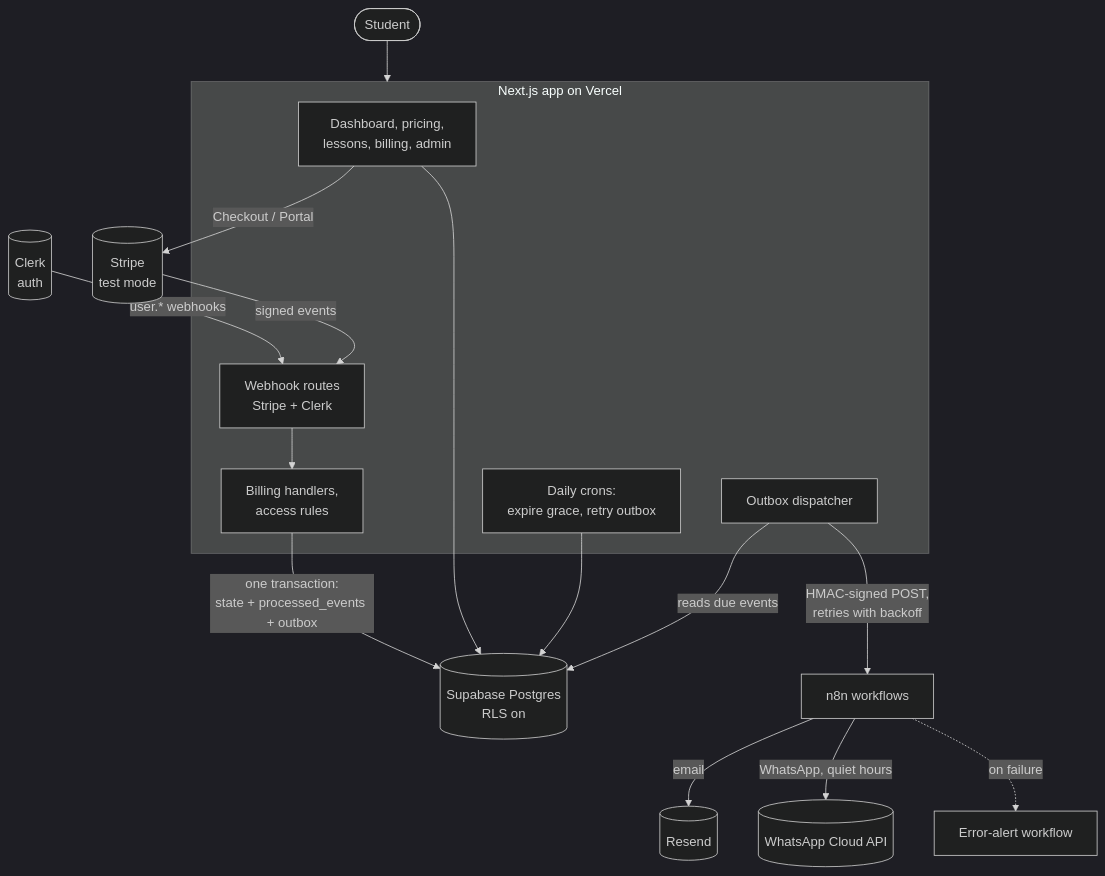
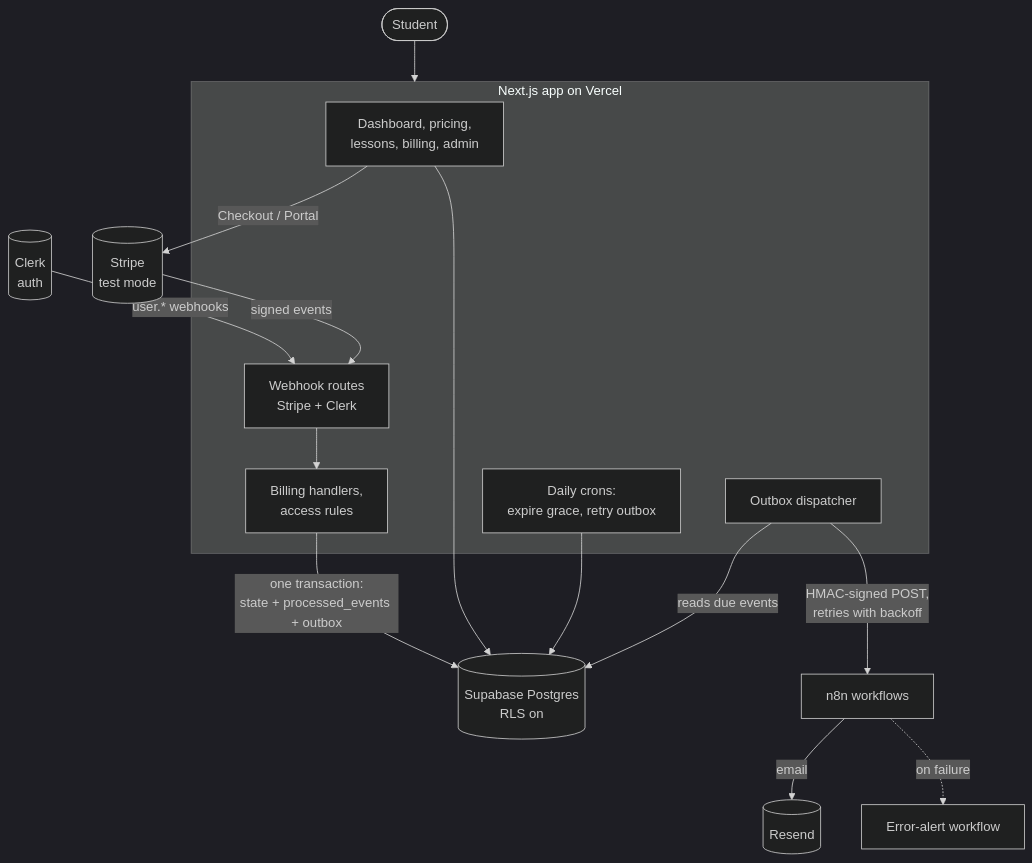
Before and after one commit to jasirjaleel/academy-access-engine: the first of 3 diagrams in README.md, drawn with Mermaid (dark theme). The commit also changed other lines of this file and 5 other files, not shown here.

First line of the commit message:
n8n workflows: run on built-in nodes with no server settings; drop WhatsApp

````diff
--- a/README.md
+++ b/README.md
@@ -46,25 +46,24 @@
 ```mermaid
 flowchart TB
   student([Student]) --> app
 
   subgraph app [Next.js app on Vercel]
     pages[Dashboard, pricing,<br/>lessons, billing, admin]
     hooks[Webhook routes<br/>Stripe + Clerk]
     lib[Billing handlers,<br/>access rules]
     dispatch[Outbox dispatcher]
     cron[Daily crons:<br/>expire grace, retry outbox]
   end
 
   clerk[(Clerk<br/>auth)] -- user.* webhooks --> hooks
   stripe[(Stripe<br/>test mode)] -- signed events --> hooks
   pages -- Checkout / Portal --> stripe
   hooks --> lib
   lib -- "one transaction:<br/>state + processed_events + outbox" --> db[(Supabase Postgres<br/>RLS on)]
   pages --> db
   cron --> db
   dispatch -- reads due events --> db
   dispatch -- "HMAC-signed POST,<br/>retries with backoff" --> n8n[n8n workflows]
   n8n -- email --> resend[(Resend)]
-  n8n -- WhatsApp, quiet hours --> wa[(WhatsApp Cloud API)]
   n8n -. on failure .-> alert[Error-alert workflow]
 ```
````
